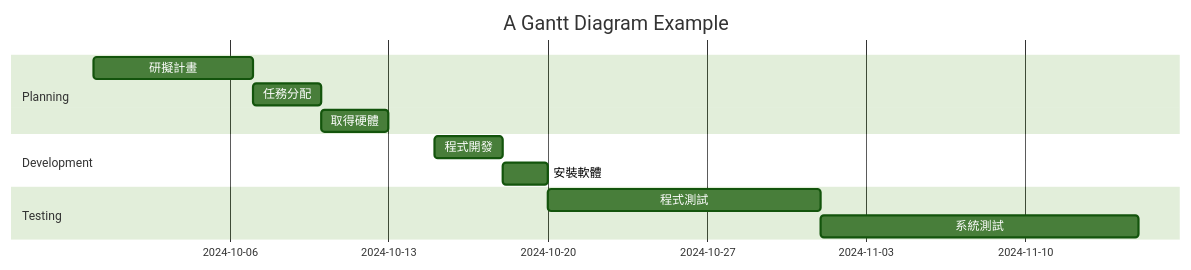
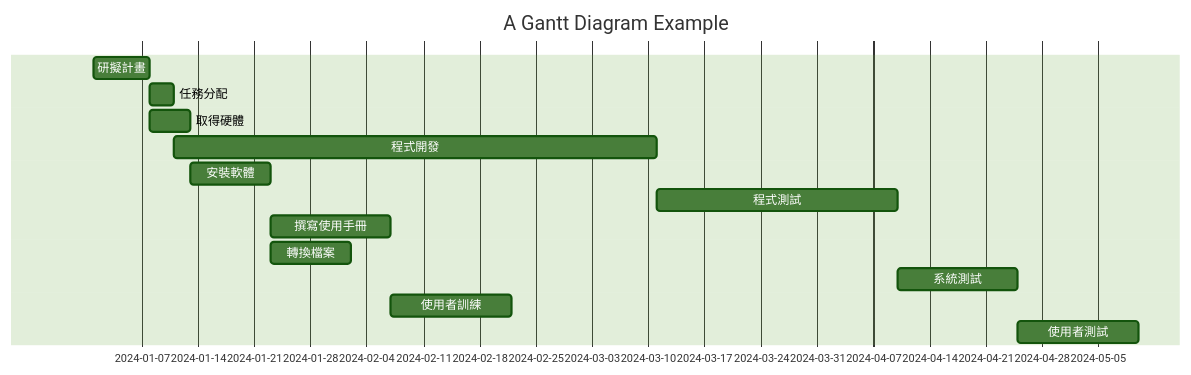
Before and after one commit to koreanfish1450/homework: the diagram in hw2.md, drawn with Mermaid (forest theme).

````diff
--- a/hw2.md
+++ b/hw2.md
@@ -1,17 +1,21 @@
 ```mermaid
 gantt
     title A Gantt Diagram Example
 
-    section Planning
-    研擬計畫     :a1, 2024-09-30, 7d
-    任務分配     :a2, after a1  , 3d
-    取得硬體     :a3, after a2, 3d
+    dateFormat  YYYY-MM-DD
+    axisFormat  %Y-%m-%d
 
-    section Development
-    程式開發      :a4, 2024-10-15, 3d
-    安裝軟體      :a5, after a4, 2d
+    研擬計畫           :a1, 2024-01-01, 7d
+    任務分配           :a2, after a1, 3d
+    取得硬體           :a3, after a1, 5d
 
-    section Testing
-    程式測試     :a6, after a5, 12d
-    系統測試     :a7, after a6, 14d
+    程式開發           :a4, after a2, 60d
+    安裝軟體           :a5, after a3, 10d
+
+    程式測試           :a6, after a4, 30d
+    撰寫使用手冊        :a7, after a5, 15d
+    轉換檔案           :a8, after a5, 10d
+    系統測試           :a9, after a6, 15d
+    使用者訓練         :a10, after a7, 15d
+    使用者測試         :a11, after a9, 15d
 ```
````
